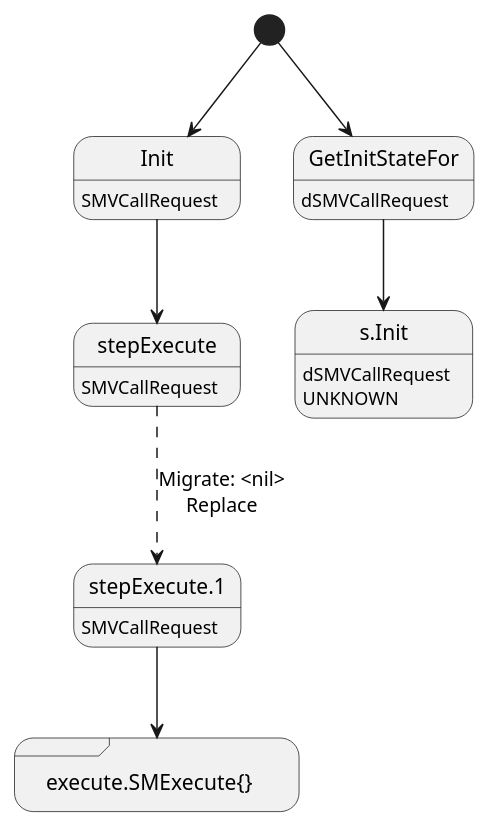
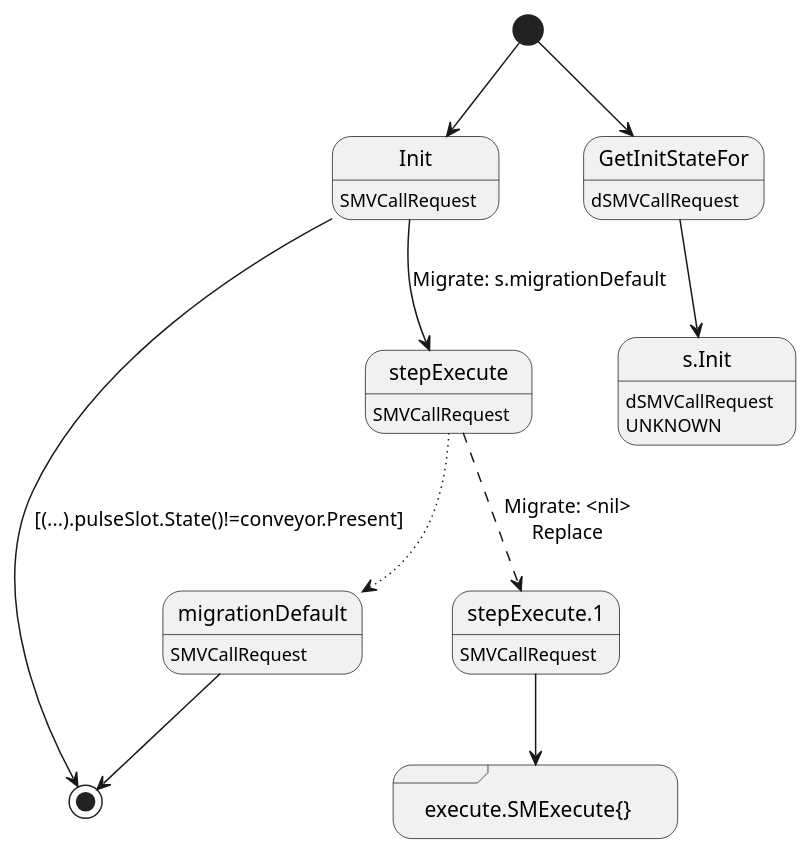
Before and after one commit to insolar/assured-ledger: the diagram in ledger-core/virtual/handlers/vcallrequest.plantuml, drawn with PlantUML. The commit also changed 1 other file, not shown here.

```diff
--- a/ledger-core/virtual/handlers/vcallrequest.plantuml
+++ b/ledger-core/virtual/handlers/vcallrequest.plantuml
@@ -1,20 +1,25 @@
 @startuml
 state "Init" as T01_S001
 T01_S001 : SMVCallRequest
 [*] --> T01_S001
-T01_S001 --> T01_S002
-state "execute.SMExecute{}" as T01_S004 <<sdlreceive>>
-state "stepExecute" as T01_S002
+T01_S001 --> [*] : [(...).pulseSlot.State()!=conveyor.Present]
+T01_S001 --> T01_S003 : Migrate: s.migrationDefault
+state "execute.SMExecute{}" as T01_S005 <<sdlreceive>>
+state "migrationDefault" as T01_S002
 T01_S002 : SMVCallRequest
-T01_S002 --[dashed]> T01_S003 : Migrate: <nil>\nReplace
-state "stepExecute.1" as T01_S003
+T01_S002 --> [*]
+state "stepExecute" as T01_S003
 T01_S003 : SMVCallRequest
-T01_S003 --> T01_S004
+T01_S003 --[dotted]> T01_S002
+T01_S003 --[dashed]> T01_S004 : Migrate: <nil>\nReplace
+state "stepExecute.1" as T01_S004
+T01_S004 : SMVCallRequest
+T01_S004 --> T01_S005
 state "GetInitStateFor" as T00_S001
 T00_S001 : dSMVCallRequest
 [*] --> T00_S001
 state "s.Init" as T00_U001
 T00_U001 : dSMVCallRequest
 T00_U001 : UNKNOWN 
 T00_S001 --> T00_U001
 @enduml
```
